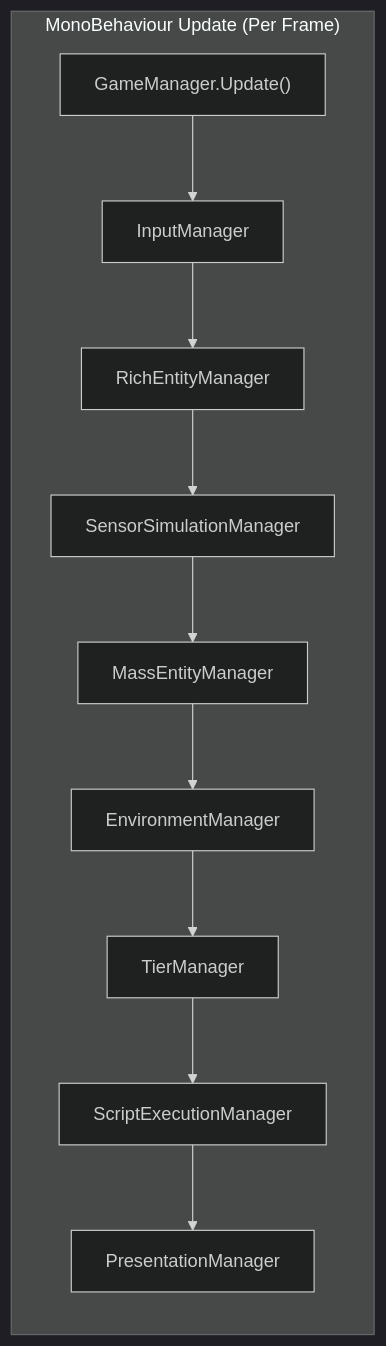
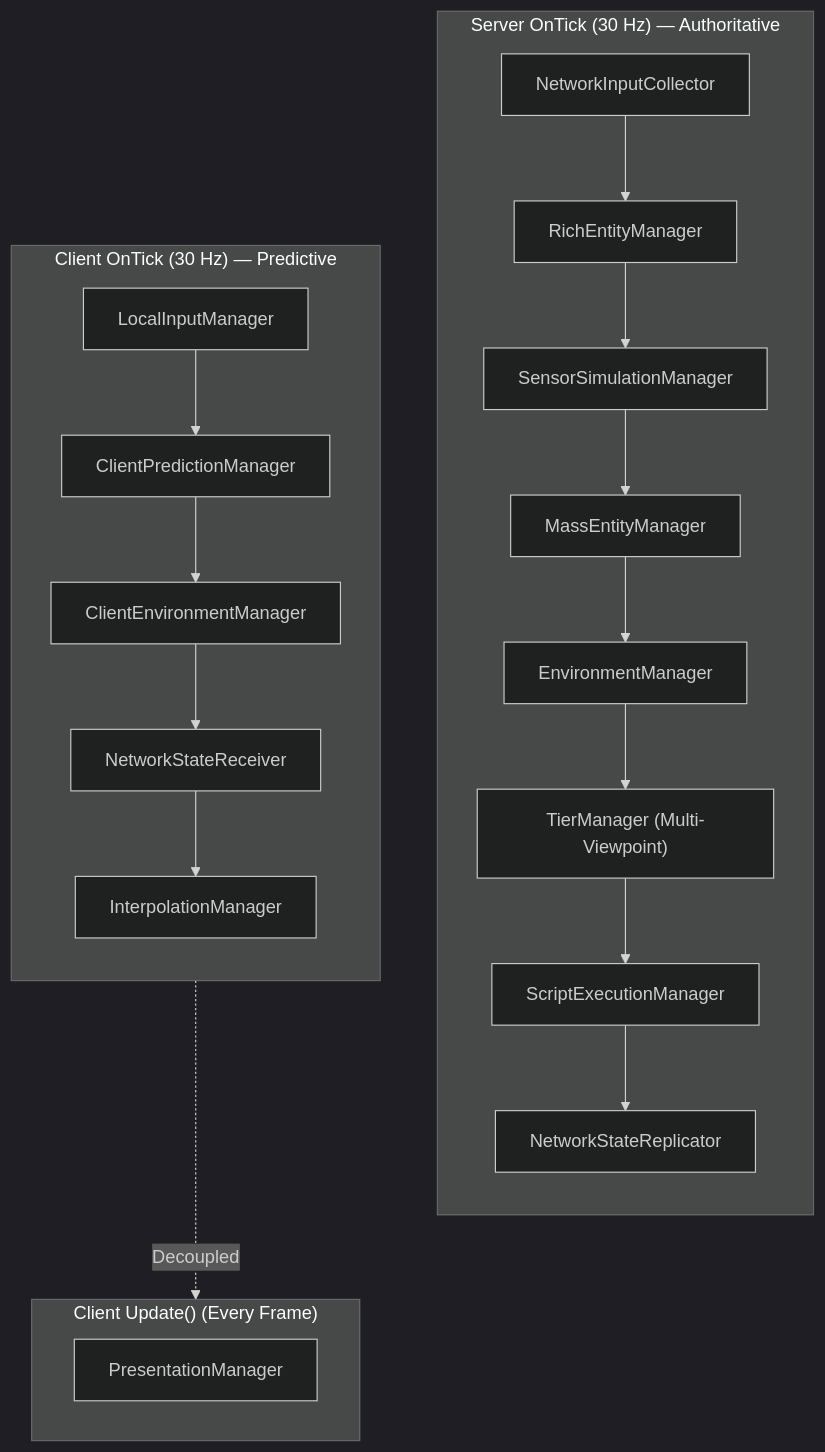
The first of 7 diagrams in .obsidian/architecture/02-system-architecture.md (zephkelly/starfire), drawn with Mermaid (dark theme) before and after one commit. The commit also changed other lines of this file and 1787 other files, not shown here.

````diff
--- a/.obsidian/architecture/02-system-architecture.md
+++ b/.obsidian/architecture/02-system-architecture.md
@@ -11,24 +13,31 @@
 ```mermaid
 flowchart TB
-    subgraph FRAME["MonoBehaviour Update (Per Frame)"]
+    subgraph SERVER["Server OnTick (30 Hz) — Authoritative"]
         direction TB
-        GM["GameManager.Update()"]
-        INPUT["InputManager"]
+        NIC["NetworkInputCollector"]
         RICH["RichEntityManager"]
         SENSOR["SensorSimulationManager"]
         MASS["MassEntityManager"]
         ENV["EnvironmentManager"]
-        TIER["TierManager"]
+        TIER["TierManager (Multi-Viewpoint)"]
         SCRIPT["ScriptExecutionManager"]
+        NSR["NetworkStateReplicator"]
+    end
+
+    subgraph CLIENT["Client OnTick (30 Hz) — Predictive"]
+        direction TB
+        LIM["LocalInputManager"]
+        CPM["ClientPredictionManager"]
+        CEM["ClientEnvironmentManager"]
+        NRECV["NetworkStateReceiver"]
+        INTERP["InterpolationManager"]
+    end
+
+    subgraph RENDER["Client Update() (Every Frame)"]
         PRESENT["PresentationManager"]
     end
 
-    GM --> INPUT
-    INPUT --> RICH
-    RICH --> SENSOR
-    SENSOR --> MASS
-    MASS --> ENV
-    ENV --> TIER
-    TIER --> SCRIPT
-    SCRIPT --> PRESENT
+    NIC --> RICH --> SENSOR --> MASS --> ENV --> TIER --> SCRIPT --> NSR
+    LIM --> CPM --> CEM --> NRECV --> INTERP
+    CLIENT -.->|"Decoupled"| RENDER
 ```
````
